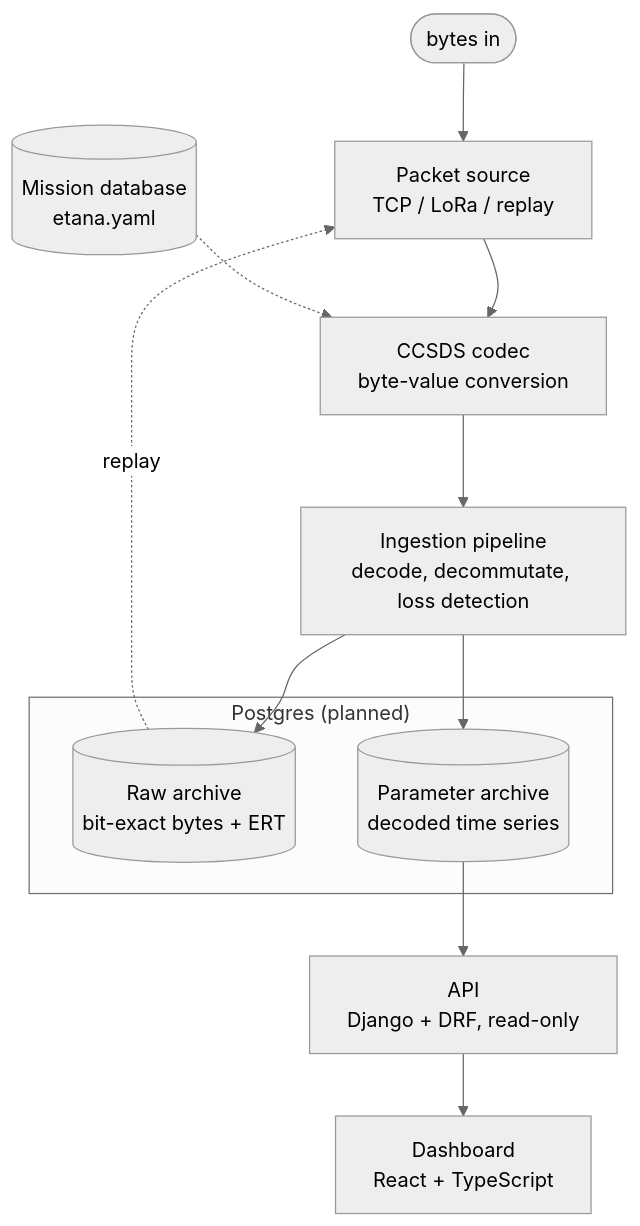
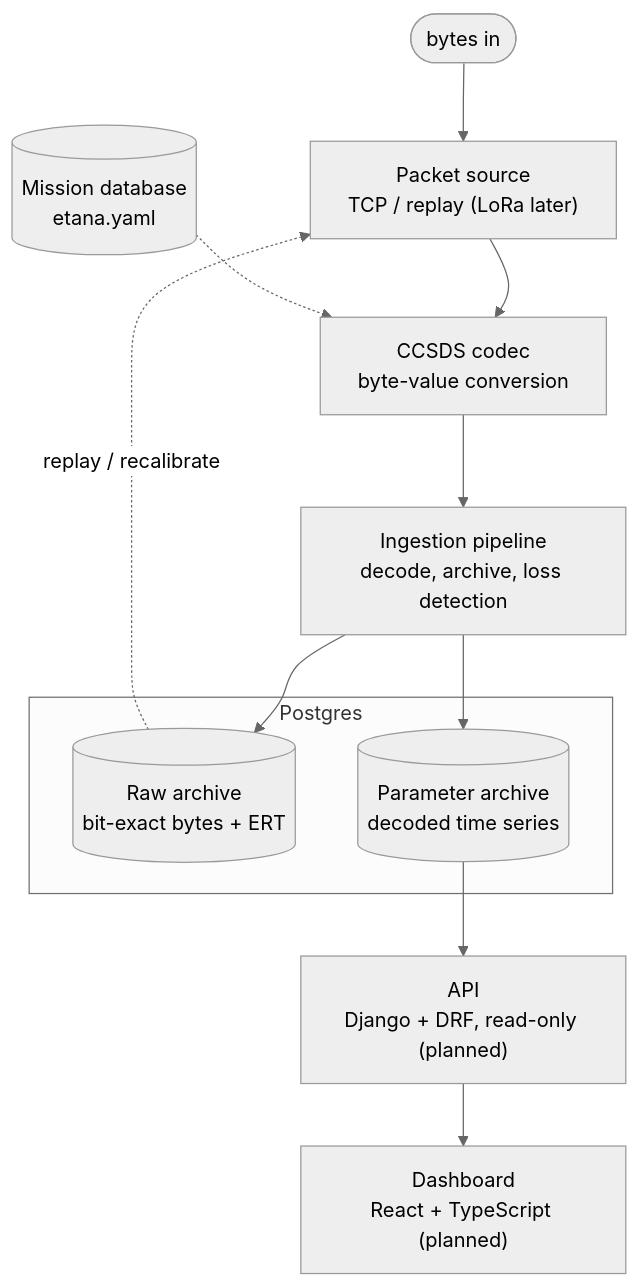
One commit to Ogmar/etana changed the diagram in ground-segment/README.md. Above: the diagram before and after it, drawn with Mermaid (neutral theme). The commit also changed other lines of this file and 3 other files, not shown here.

````diff
--- a/ground-segment/README.md
+++ b/ground-segment/README.md
@@ -12,17 +14,17 @@
 ```mermaid
 flowchart TD
-    BYTES(["bytes in"]) --> SRC["Packet source<br/>TCP / LoRa / replay"]
+    BYTES(["bytes in"]) --> SRC["Packet source<br/>TCP / replay (LoRa later)"]
     SRC --> CODEC["CCSDS codec<br/>byte-value conversion"]
     MDB[("Mission database<br/>etana.yaml")] -.-> CODEC
-    CODEC --> PIPE["Ingestion pipeline<br/>decode, decommutate, loss detection"]
+    CODEC --> PIPE["Ingestion pipeline<br/>decode, archive, loss detection"]
     PIPE --> RAW[("Raw archive<br/>bit-exact bytes + ERT")]
     PIPE --> PARAM[("Parameter archive<br/>decoded time series")]
-    RAW -.->|"replay"| SRC
-    PARAM --> API["API<br/>Django + DRF, read-only"]
-    API --> DASH["Dashboard<br/>React + TypeScript"]
+    RAW -.->|"replay / recalibrate"| SRC
+    PARAM --> API["API<br/>Django + DRF, read-only (planned)"]
+    API --> DASH["Dashboard<br/>React + TypeScript (planned)"]
 
-    subgraph postgres["Postgres (planned)"]
+    subgraph postgres["Postgres"]
         RAW
         PARAM
     end
 ```
````
